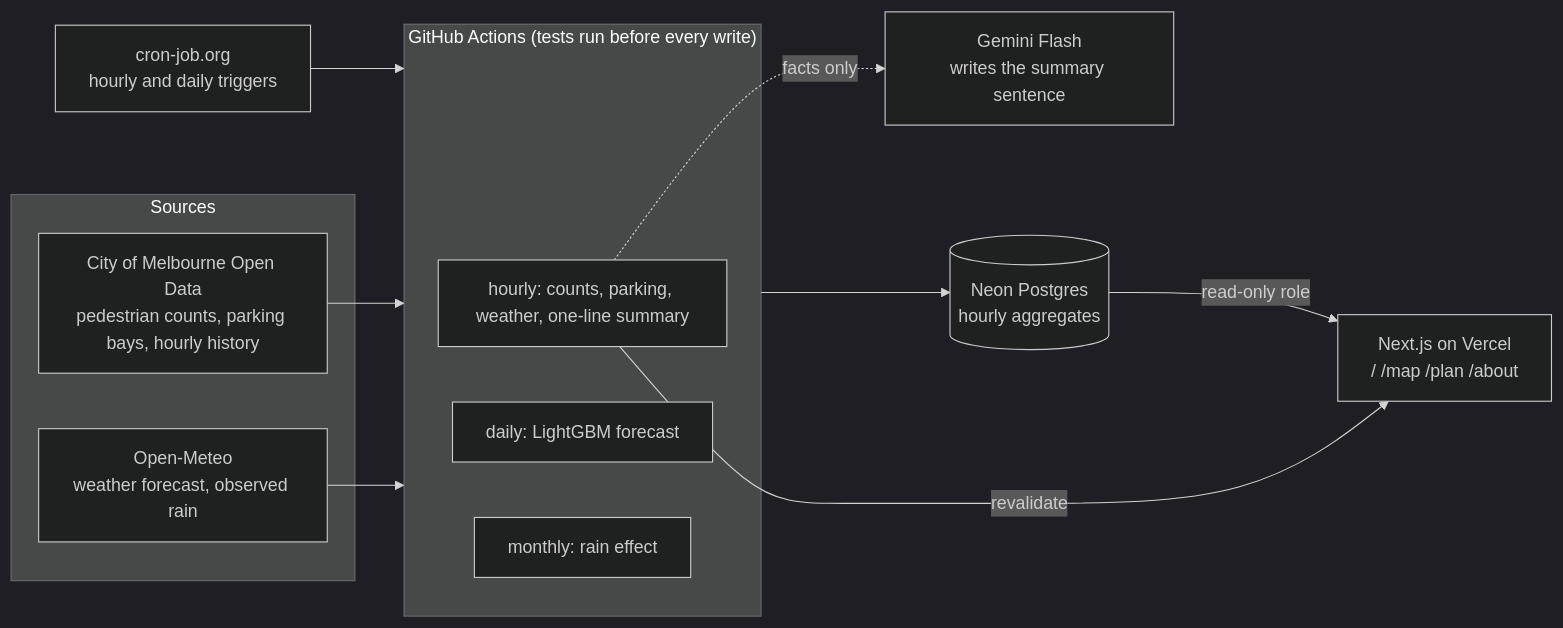
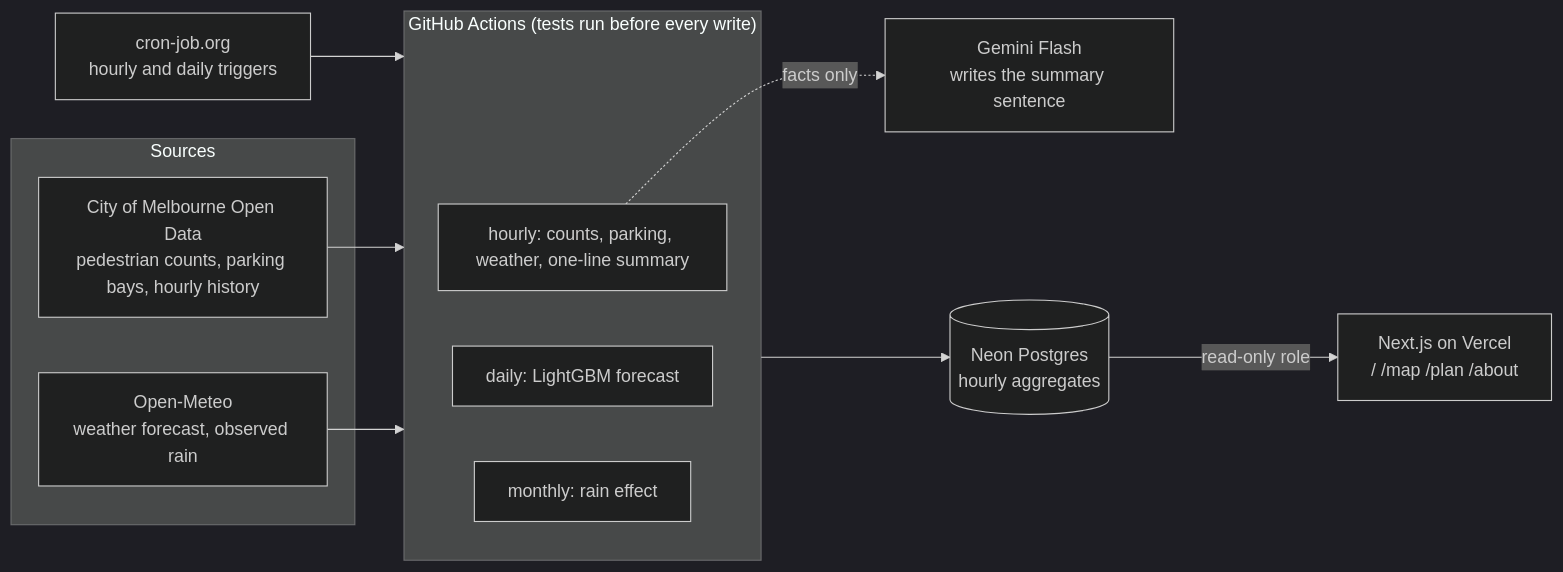
One commit to Ruki-Diaz/melbourne-pulse changed the diagram in README.md. Above: the diagram before and after it, drawn with Mermaid (dark theme). The commit also changed other lines of this file and 18 other files, not shown here.

````diff
--- a/README.md
+++ b/README.md
@@ -49,19 +49,18 @@
 ```mermaid
 flowchart LR
   subgraph Sources
     COM["City of Melbourne Open Data<br/>pedestrian counts, parking bays, hourly history"]
     OM["Open-Meteo<br/>weather forecast, observed rain"]
   end
   CRON["cron-job.org<br/>hourly and daily triggers"] --> GHA
   COM --> GHA
   OM --> GHA
   subgraph GHA["GitHub Actions (tests run before every write)"]
     H["hourly: counts, parking, weather, one-line summary"]
     D["daily: LightGBM forecast"]
     M["monthly: rain effect"]
   end
   H -. "facts only" .-> GEM["Gemini Flash<br/>writes the summary sentence"]
   GHA --> NEON[("Neon Postgres<br/>hourly aggregates")]
   NEON -- "read-only role" --> WEB["Next.js on Vercel<br/>/  /map  /plan  /about"]
-  H -- "revalidate" --> WEB
 ```
````
